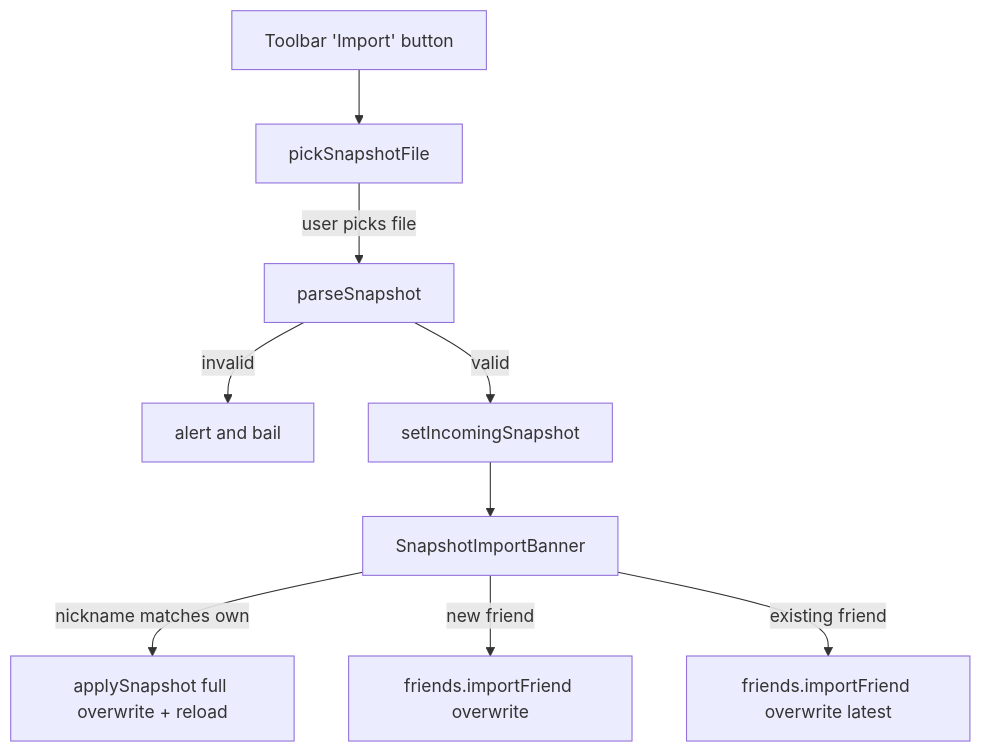
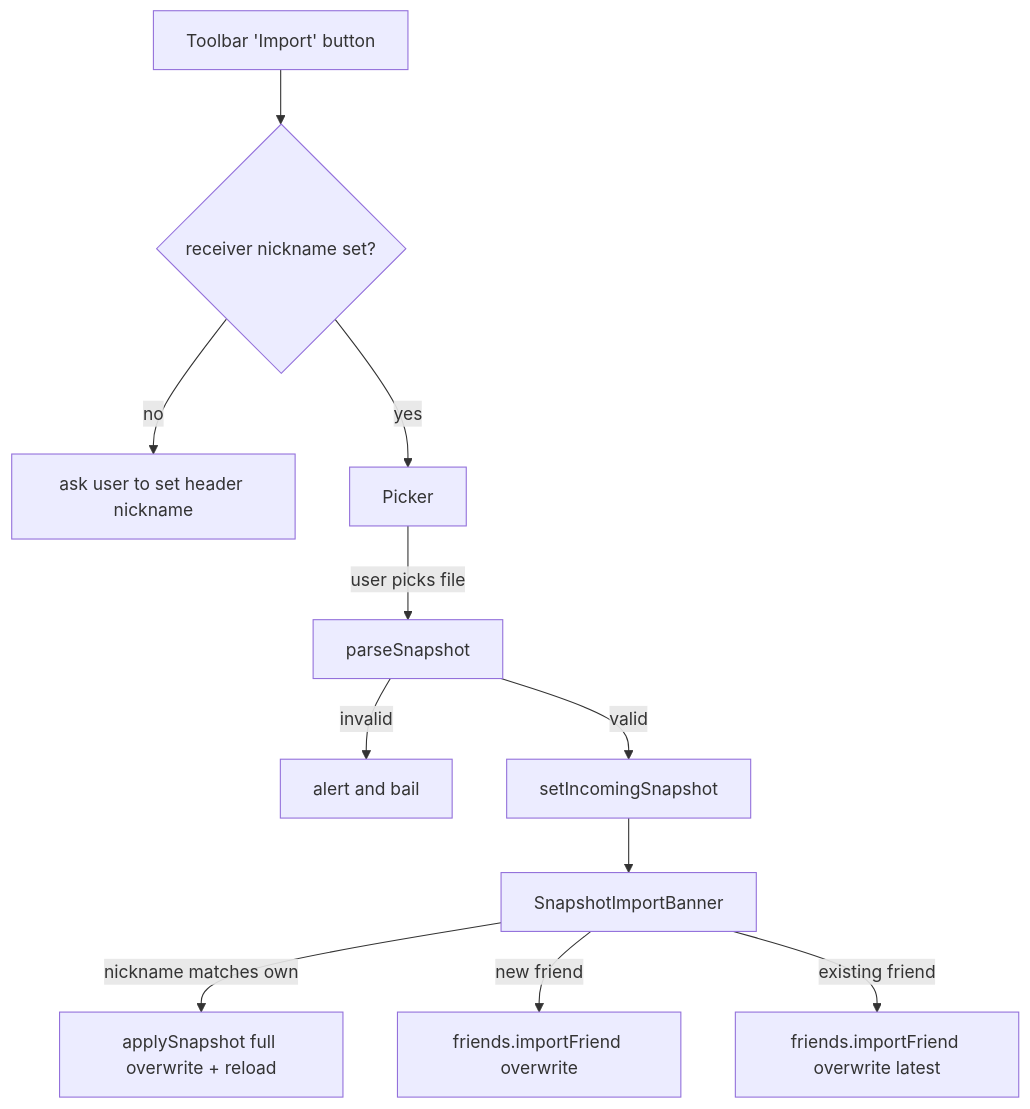
Before and after one commit to shreyaspurohit/playa: the third of 3 diagrams in docs/09-share-and-import.md, drawn with Mermaid. The commit also changed other lines of this file and 42 other files, not shown here.

````diff
--- a/docs/09-share-and-import.md
+++ b/docs/09-share-and-import.md
@@ -90,11 +102,13 @@
 ```mermaid
 flowchart TD
-  Click[Toolbar 'Import' button] --> Picker[pickSnapshotFile]
+  Click[Toolbar 'Import' button] --> Nick{receiver nickname set?}
+  Nick -->|no| Nudge[ask user to set header nickname]
+  Nick -->|yes| Picker
   Picker -->|user picks file| Parse[parseSnapshot]
   Parse -->|invalid| AlertX[alert and bail]
   Parse -->|valid| State[setIncomingSnapshot]
   State --> Banner[SnapshotImportBanner]
   Banner -->|nickname matches own| Self[applySnapshot full overwrite + reload]
   Banner -->|new friend| Fast[friends.importFriend overwrite]
   Banner -->|existing friend| Conflict[friends.importFriend overwrite latest]
 ```
````
